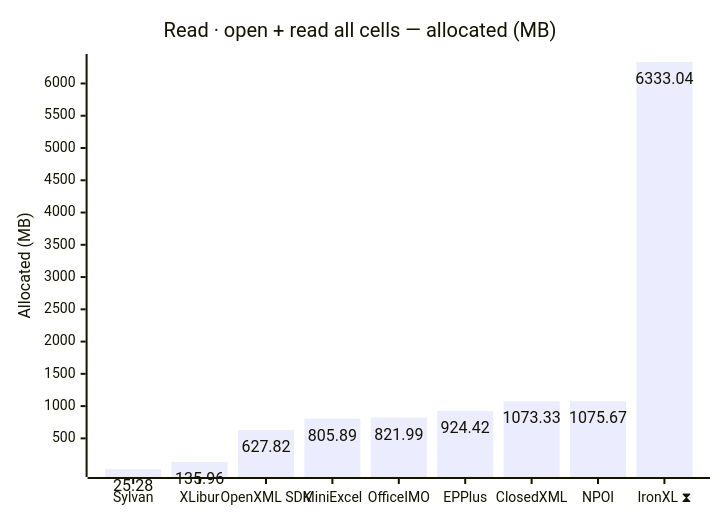
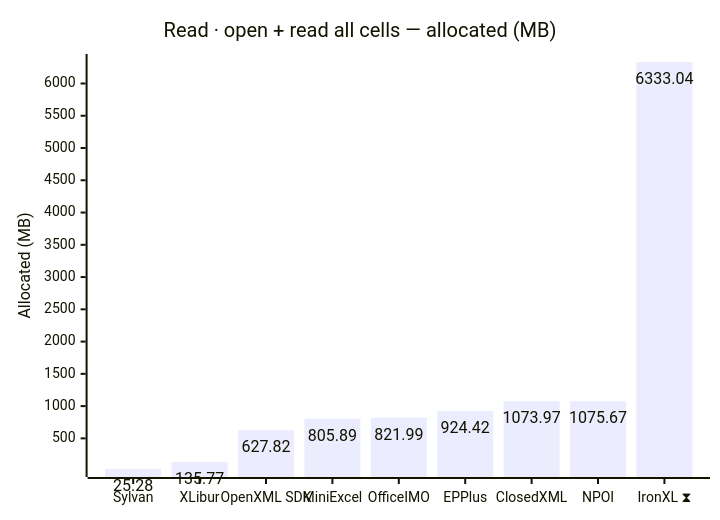
The fourth of 12 diagrams in docs/results-ci.md (jafin/XLBench), drawn with Mermaid before and after one commit. The commit also changed other lines of this file, not shown here.

````diff
--- a/docs/results-ci.md
+++ b/docs/results-ci.md
@@ -82,12 +82,12 @@
 ```mermaid
 ---
 config:
   xyChart:
     showDataLabel: true
 ---
 xychart-beta
     title "Read · open + read all cells — allocated (MB)"
     x-axis ["Sylvan", "XLibur", "OpenXML SDK", "MiniExcel", "OfficeIMO", "EPPlus", "ClosedXML", "NPOI", "IronXL ⧗"]
     y-axis "Allocated (MB)"
-    bar [25.28, 135.96, 627.82, 805.89, 821.99, 924.42, 1073.33, 1075.67, 6333.04]
+    bar [25.28, 135.77, 627.82, 805.89, 821.99, 924.42, 1073.97, 1075.67, 6333.04]
 ```
````
